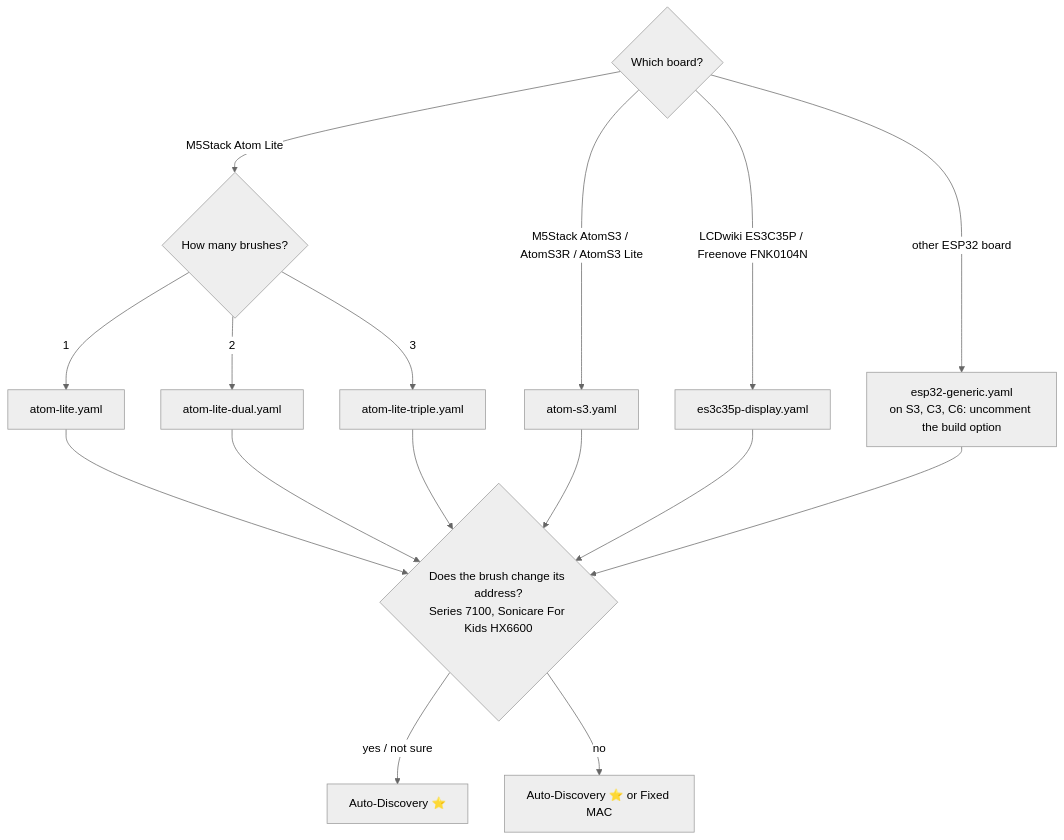
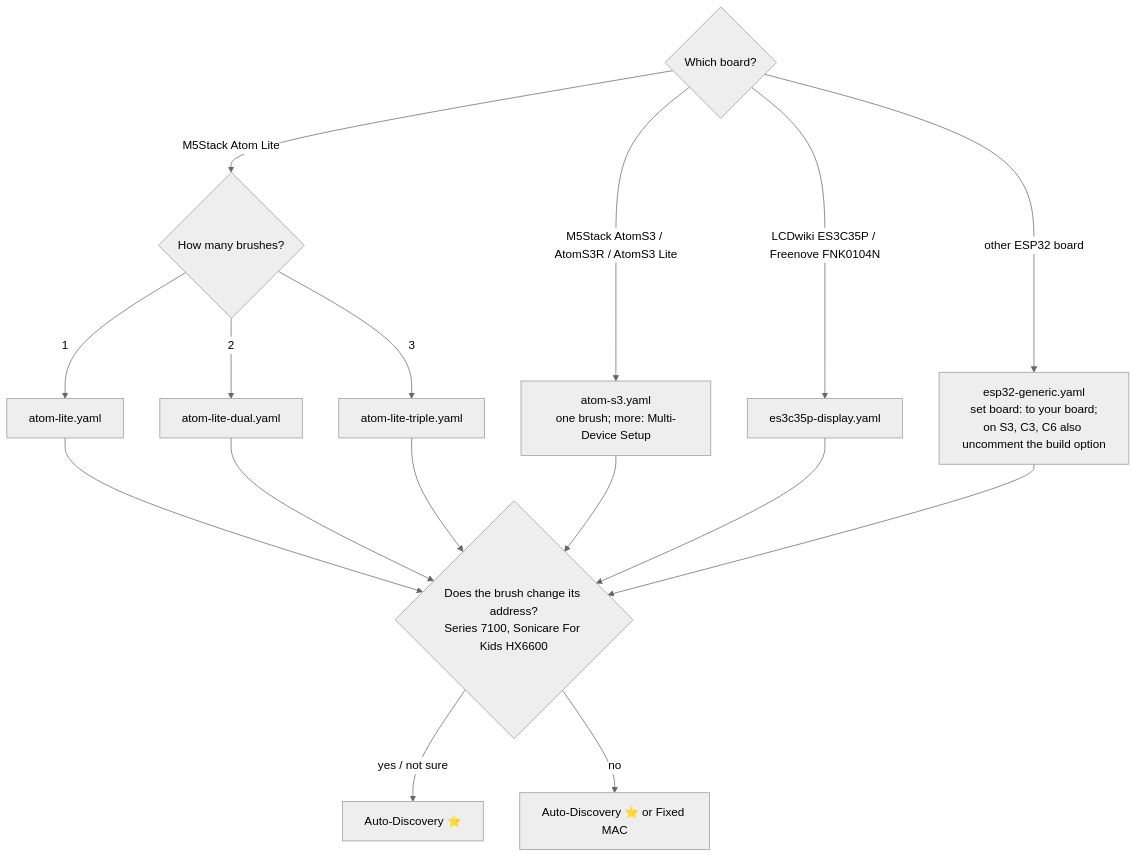
The second of 2 diagrams in esphome/SETUP.md (mtheli/philips_sonicare_ble), drawn with Mermaid (neutral theme) before and after one commit. The commit also changed other lines of this file and 7 other files, not shown here.

````diff
--- a/esphome/SETUP.md
+++ b/esphome/SETUP.md
@@ -76,14 +77,14 @@
 ```mermaid
 flowchart TD
     board{"Which board?"}
     board -->|"M5Stack Atom Lite"| brushes{"How many brushes?"}
     brushes -->|"1"| lite["atom-lite.yaml"]
     brushes -->|"2"| dual["atom-lite-dual.yaml"]
     brushes -->|"3"| triple["atom-lite-triple.yaml"]
-    board -->|"M5Stack AtomS3 / AtomS3R / AtomS3 Lite"| s3["atom-s3.yaml"]
+    board -->|"M5Stack AtomS3 / AtomS3R / AtomS3 Lite"| s3["atom-s3.yaml<br/>one brush; more: Multi-Device Setup"]
     board -->|"LCDwiki ES3C35P / Freenove FNK0104N"| disp["es3c35p-display.yaml"]
-    board -->|"other ESP32 board"| generic["esp32-generic.yaml<br/>on S3, C3, C6: uncomment the build option"]
+    board -->|"other ESP32 board"| generic["esp32-generic.yaml<br/>set board: to your board;<br/>on S3, C3, C6 also uncomment the build option"]
     lite & dual & triple & s3 & disp & generic --> pair{"Does the brush change its address?<br/>Series 7100, Sonicare For Kids HX6600"}
     pair -->|"yes / not sure"| auto["Auto-Discovery ⭐"]
     pair -->|"no"| either["Auto-Discovery ⭐ or Fixed MAC"]
 ```
````
